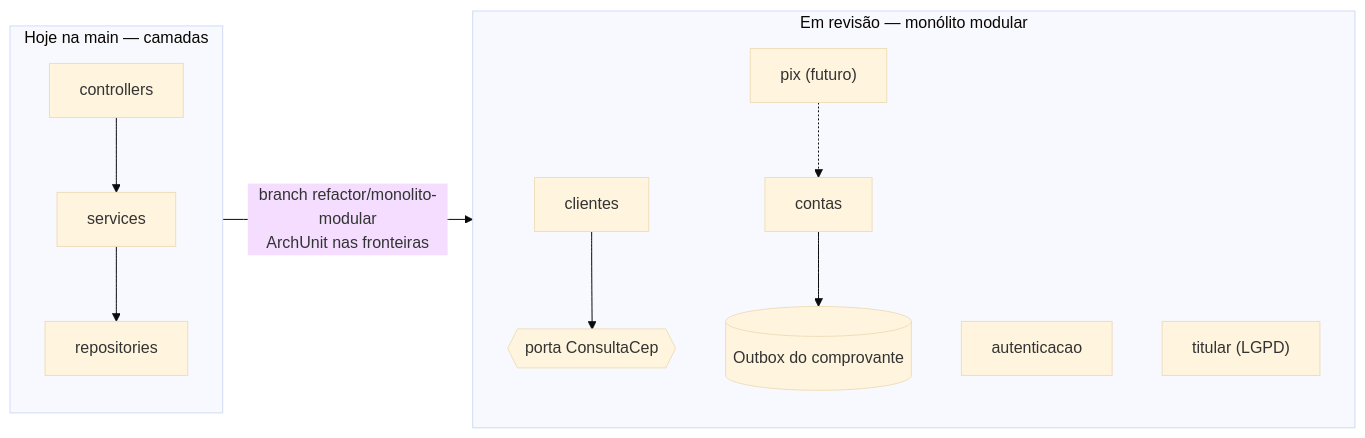
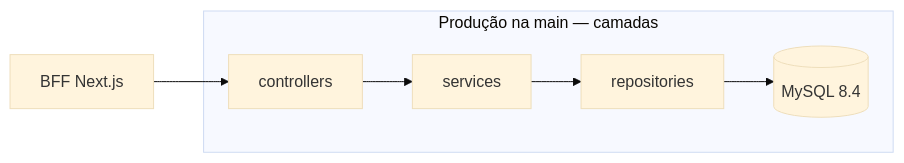
One commit to k3vinrich4rd/k3vinrich4rd changed the seventh of 23 diagrams in README.md. Above: the diagram before and after it, drawn with Mermaid (base theme). The commit also changed other lines of this file, not shown here.

Commit message:
feat(vitrine): rkf bank como projeto concluído em produção

````diff
--- a/README.md
+++ b/README.md
@@ -808,14 +805,8 @@
 ```mermaid
 flowchart LR
-    subgraph Hoje["Hoje na main — camadas"]
+    subgraph Prod["Produção na main — camadas"]
         C[controllers] --> S[services] --> R[repositories]
+        R --> DB[(MySQL 8.4)]
     end
-    subgraph Alvo["Em revisão — monólito modular"]
-        CLI[clientes] --> CEP{{"porta ConsultaCep"}}
-        CONTA[contas] --> OUT[("Outbox do comprovante")]
-        AUTH[autenticacao]
-        TIT["titular (LGPD)"]
-        PIX["pix (futuro)"] -.-> CONTA
-    end
-    Hoje -- "branch refactor/monolito-modular<br/>ArchUnit nas fronteiras" --> Alvo
+    BFF[BFF Next.js] --> C
 ```
````
